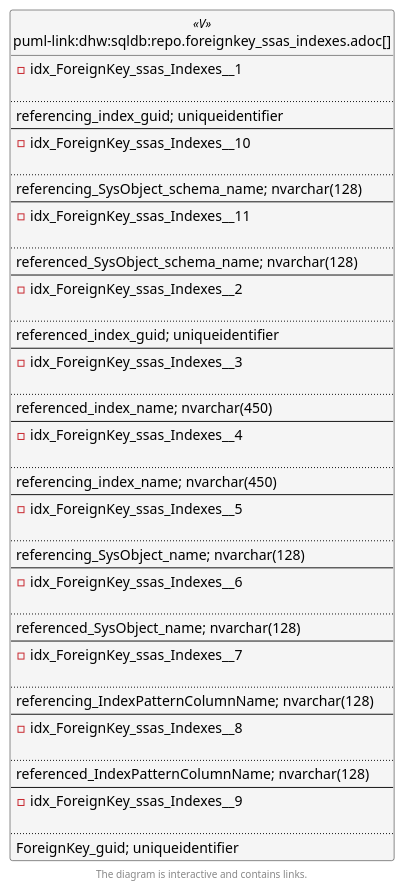
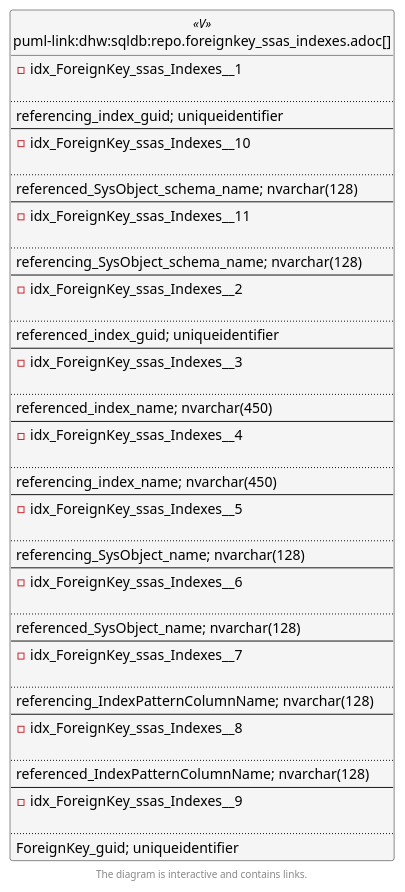
The second of 6 diagrams in docs/modules/sqldb/partials/content/repo.foreignkey_ssas_indexes.adoc (DataHandwerk/dhw-antora-sqldb), drawn with PlantUML before and after one commit. The commit also changed other lines of this file and 641 other files, not shown here.

```diff
--- a/docs/modules/sqldb/partials/content/repo.foreignkey_ssas_indexes.adoc
+++ b/docs/modules/sqldb/partials/content/repo.foreignkey_ssas_indexes.adoc
@@ -1233,12 +1233,12 @@
 - idx_ForeignKey_ssas_Indexes__10
 
 ..
-referencing_SysObject_schema_name; nvarchar(128)
+referenced_SysObject_schema_name; nvarchar(128)
 --
 - idx_ForeignKey_ssas_Indexes__11
 
 ..
-referenced_SysObject_schema_name; nvarchar(128)
+referencing_SysObject_schema_name; nvarchar(128)
 --
 - idx_ForeignKey_ssas_Indexes__2
 
```
